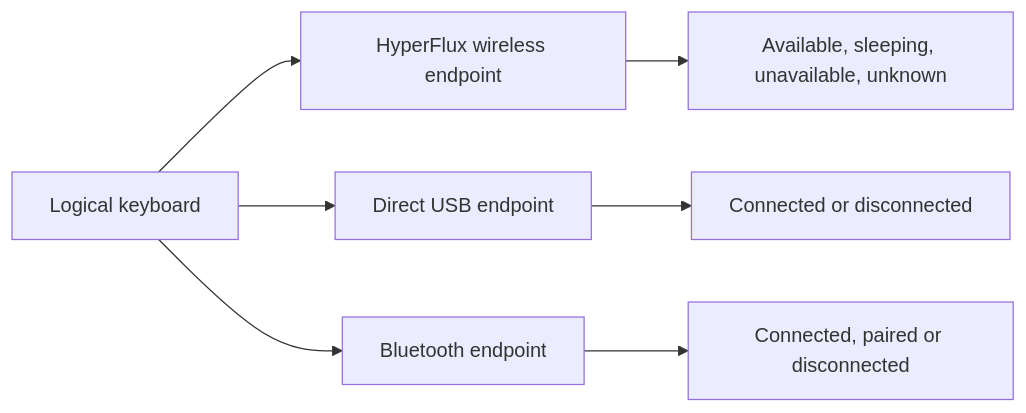
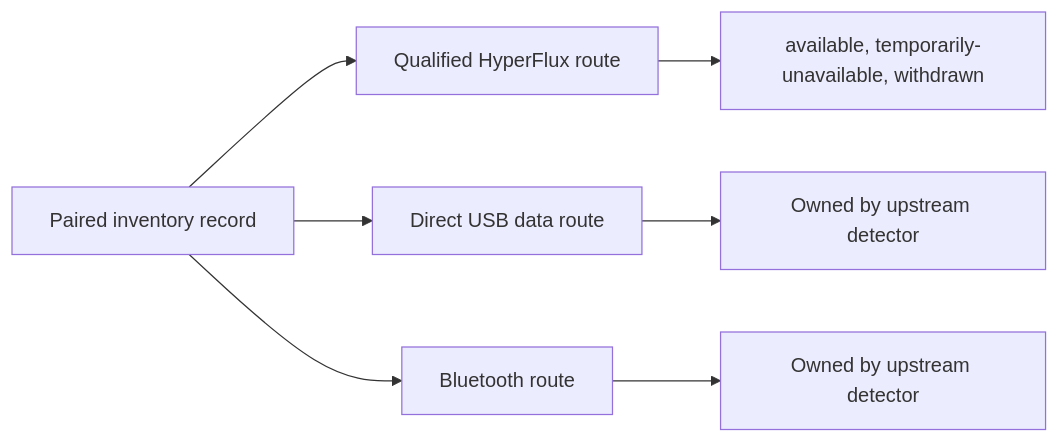
Before and after one commit to offalexjackson777-stack/hyperflux-next: the second of 4 diagrams in docs/architecture/design-book.md, drawn with Mermaid. The commit also changed other lines of this file and 95 other files, not shown here.

````diff
--- a/docs/architecture/design-book.md
+++ b/docs/architecture/design-book.md
@@ -37,10 +37,10 @@
 ```mermaid
 flowchart LR
-    Device["Logical keyboard"]
-    Device --> HF["HyperFlux wireless endpoint"]
-    Device --> USB["Direct USB endpoint"]
-    Device --> BT["Bluetooth endpoint"]
-    HF --> HFS["Available, sleeping, unavailable, unknown"]
-    USB --> USBS["Connected or disconnected"]
-    BT --> BTS["Connected, paired or disconnected"]
+    Inventory["Paired inventory record"]
+    Inventory --> HF["Qualified HyperFlux route"]
+    Inventory --> USB["Direct USB data route"]
+    Inventory --> BT["Bluetooth route"]
+    HF --> HFS["available, temporarily-unavailable, withdrawn"]
+    USB --> USBS["Owned by upstream detector"]
+    BT --> BTS["Owned by upstream detector"]
 ```
````
